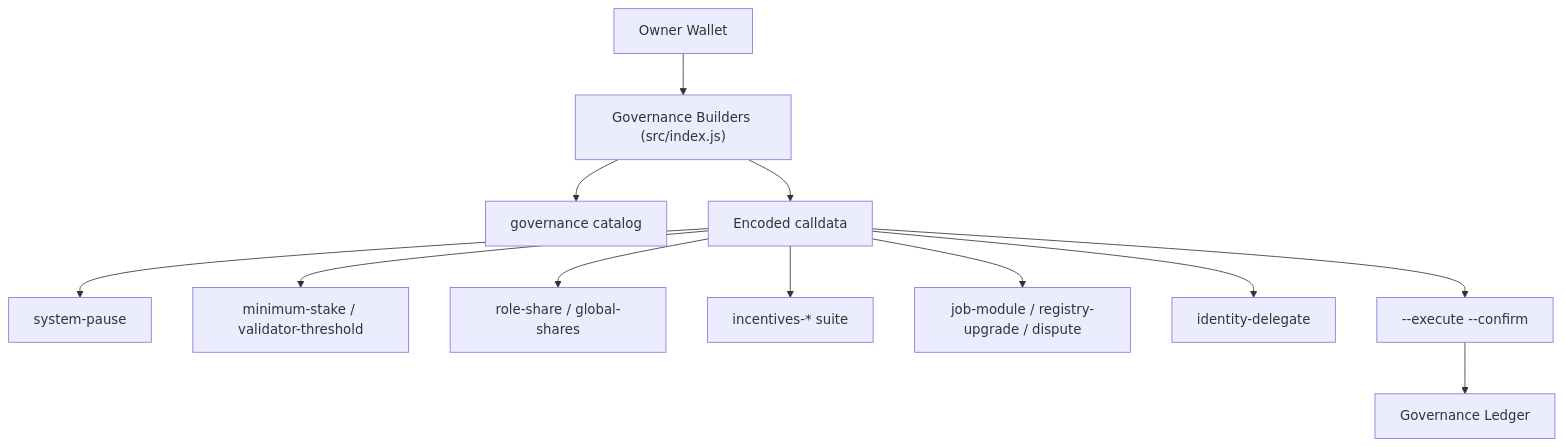
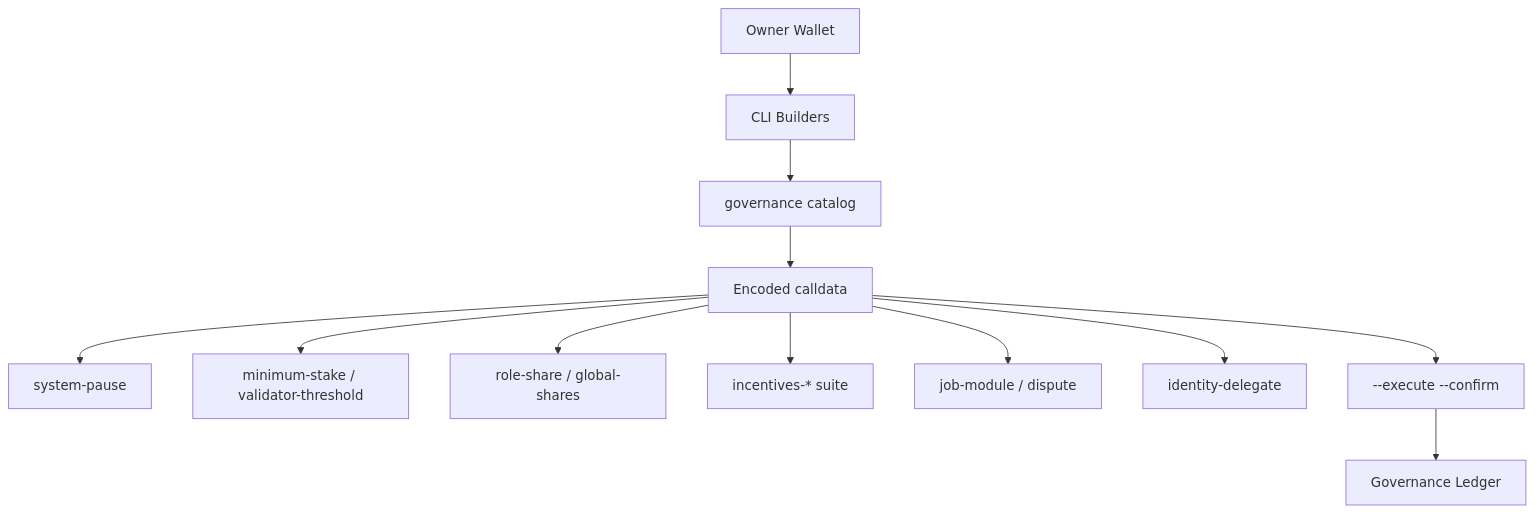
The fourth of 4 diagrams in docs/economics.md (MontrealAI/AGI-Alpha-Node-v0), drawn with Mermaid before and after one commit. The commit also changed other lines of this file, not shown here.

````diff
--- a/docs/economics.md
+++ b/docs/economics.md
@@ -134,14 +167,14 @@
 ```mermaid
 flowchart TD
-  Owner["Owner Wallet"] --> CLI["Governance Builders (src/index.js)"]
+  Owner["Owner Wallet"] --> CLI["CLI Builders"]
   CLI --> Catalog["governance catalog"]
-  CLI --> Payloads["Encoded calldata"]
+  Catalog --> Payloads["Encoded calldata"]
   Payloads --> Pause["system-pause"]
   Payloads --> Stake["minimum-stake / validator-threshold"]
   Payloads --> Shares["role-share / global-shares"]
   Payloads --> Incentives["incentives-* suite"]
-  Payloads --> Registry["job-module / registry-upgrade / dispute"]
+  Payloads --> Registry["job-module / dispute"]
   Payloads --> Identity["identity-delegate"]
   Payloads --> Ledger["--execute --confirm"]
   Ledger --> Evidence["Governance Ledger"]
 ```
````
